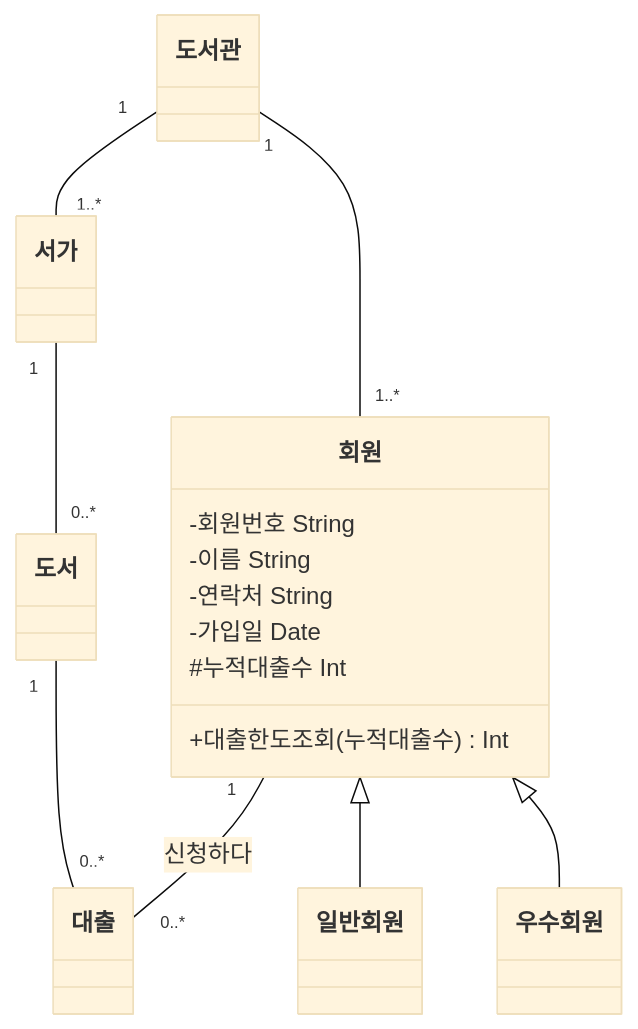
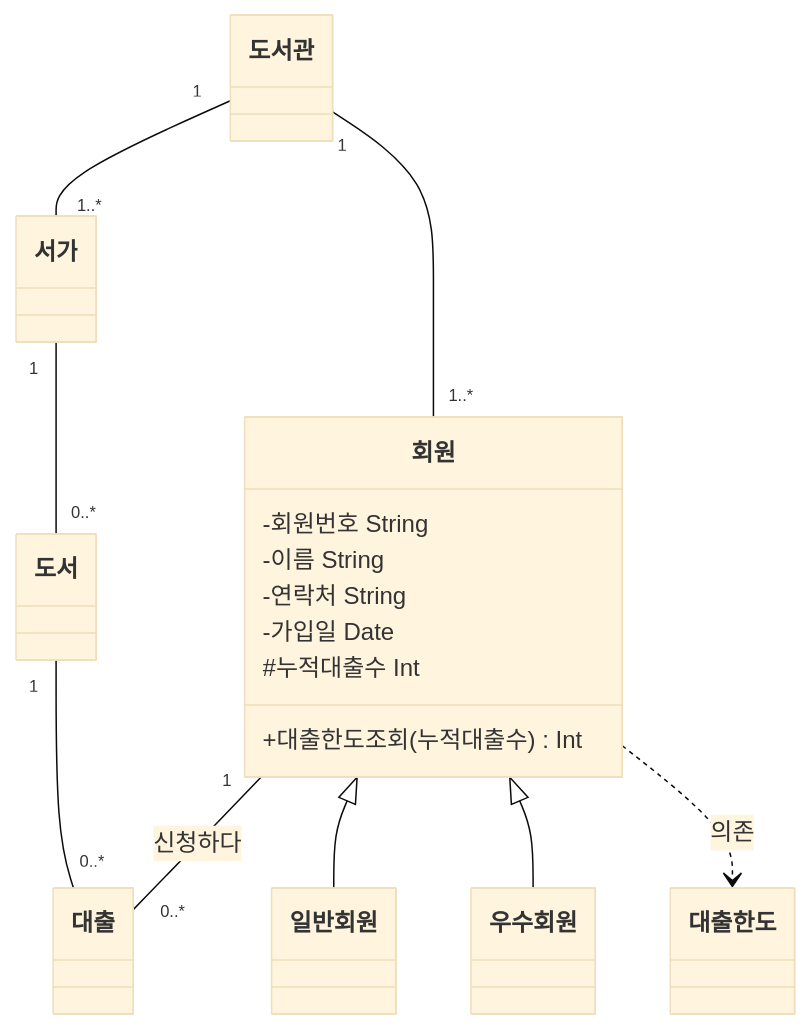
Diagram 16 of 28 in content/ch01.md (Dori-Develop/EIPStudy), drawn with Mermaid (base theme) before and after one commit. The commit also changed other lines of this file and 6 other files, not shown here.

First line of the commit message:
글자로 그린 UML 도해 8개를 mermaid 로 · 시퀀스를 줄이지 않고 민다

````diff
--- a/content/ch01.md
+++ b/content/ch01.md
@@ -906,19 +906,20 @@
 ```mermaid
 classDiagram
     도서관 "1" -- "1..*" 서가
     도서관 "1" -- "1..*" 회원
     서가 "1" -- "0..*" 도서
     회원 "1" -- "0..*" 대출 : 신청하다
     도서 "1" -- "0..*" 대출
     회원 <|-- 일반회원
     회원 <|-- 우수회원
 
     class 회원 {
         -회원번호 String
         -이름 String
         -연락처 String
         -가입일 Date
         #누적대출수 Int
         +대출한도조회(누적대출수) Int
     }
+    회원 ..> 대출한도 : 의존
 ```
````
